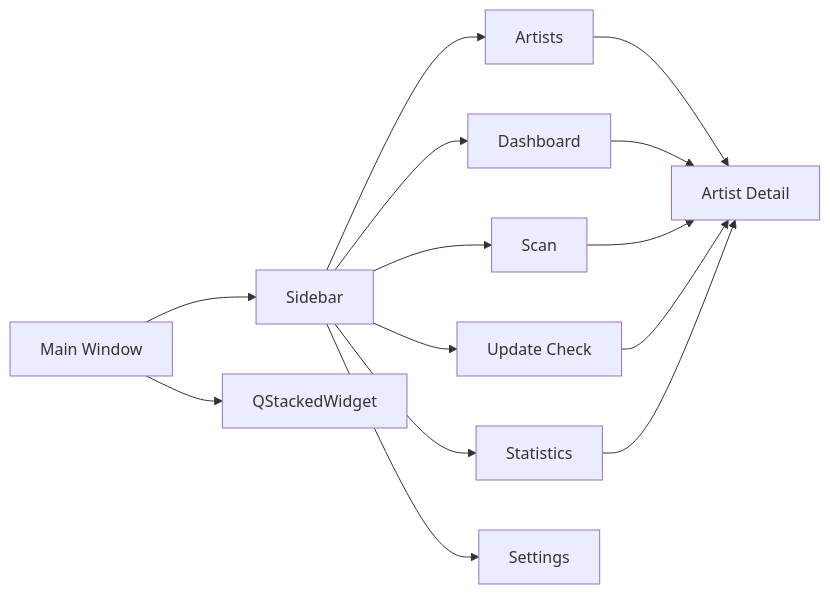
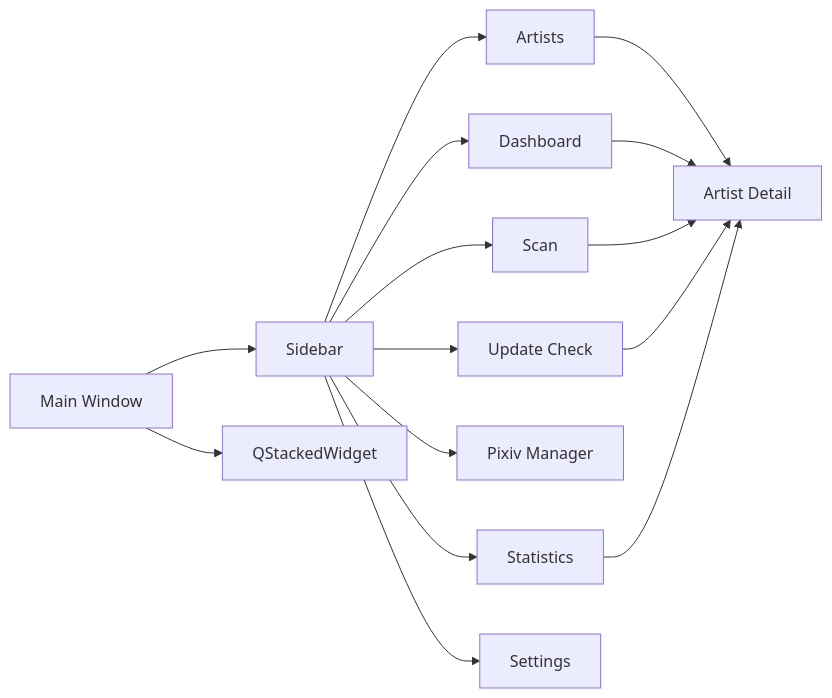
One commit to PKT0623/PixivLocalManager changed the diagram in docs/05_UI_DESIGN.md. Above: the diagram before and after it, drawn with Mermaid. The commit also changed other lines of this file and 10 other files, not shown here.

````diff
--- a/docs/05_UI_DESIGN.md
+++ b/docs/05_UI_DESIGN.md
@@ -42,21 +42,22 @@
 ```mermaid
 flowchart LR
 
 MAIN[Main Window]
 
 MAIN --> SIDEBAR[Sidebar]
 MAIN --> STACK[QStackedWidget]
 
 SIDEBAR --> DASHBOARD[Dashboard]
 SIDEBAR --> SCAN[Scan]
+SIDEBAR --> UPDATE[Update Check]
 SIDEBAR --> ARTISTS[Artists]
-SIDEBAR --> UPDATE[Update Check]
+SIDEBAR --> PIXIV_MANAGER[Pixiv Manager]
 SIDEBAR --> STATISTICS[Statistics]
 SIDEBAR --> SETTINGS[Settings]
 
 ARTISTS --> DETAIL[Artist Detail]
 DASHBOARD --> DETAIL
 SCAN --> DETAIL
 UPDATE --> DETAIL
 STATISTICS --> DETAIL
 ```
````
